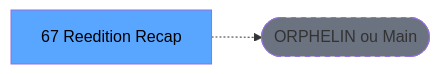
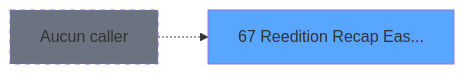
One commit to thonyAGP/lecteur-magic changed the second of 3 diagrams in .openspec/specs/ADH-IDE-67.md. Above: the diagram before and after it, drawn with Mermaid. The commit also changed other lines of this file and 96 other files, not shown here.

````diff
--- a/.openspec/specs/ADH-IDE-67.md
+++ b/.openspec/specs/ADH-IDE-67.md
@@ -117,8 +156,8 @@
 ```mermaid
 graph LR
-    T[67 Reedition Recap]
-    ORPHAN([ORPHELIN ou Main])
-    T -.-> ORPHAN
-    style T fill:#58a6ff,color:#000
-    style ORPHAN fill:#6b7280,stroke-dasharray: 5 5
+    T67[67 Reedition Recap Eas...]
+    style T67 fill:#58a6ff
+    NONE[Aucun caller]
+    NONE -.-> T67
+    style NONE fill:#6b7280,stroke-dasharray: 5 5
 ```
````
